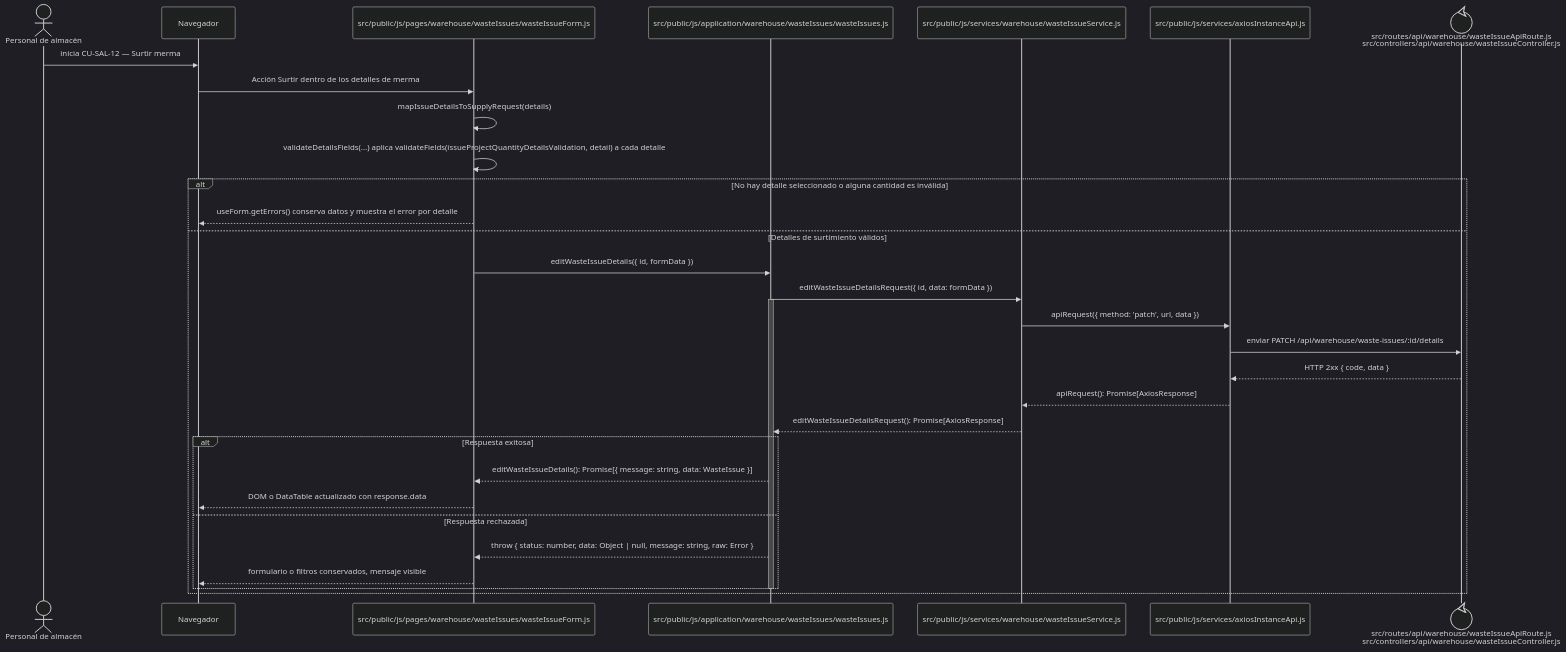
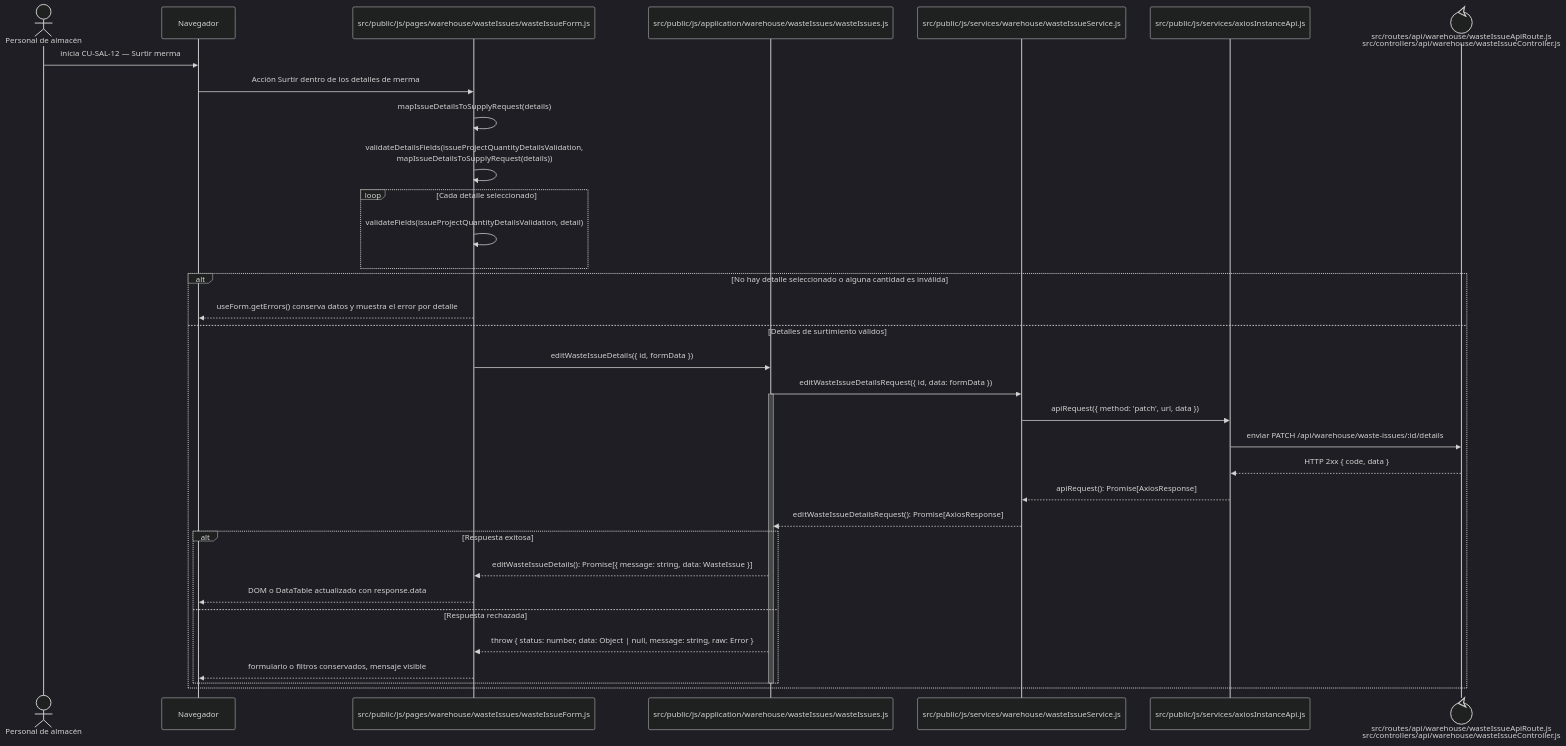
The diagram in docs/architecture/frontend-code-sequences/issues/cu-sal-12.md (gpgsistemas01/nexus), drawn with Mermaid (dark theme) before and after one commit. The commit also changed 8 other files, not shown here.

````diff
--- a/docs/architecture/frontend-code-sequences/issues/cu-sal-12.md
+++ b/docs/architecture/frontend-code-sequences/issues/cu-sal-12.md
@@ -6,35 +6,38 @@
 ```mermaid
 sequenceDiagram
     actor Initiator as Personal de almacén
     participant Browser as Navegador
     participant View as src/public/js/pages/warehouse/wasteIssues/wasteIssueForm.js
     participant Application as src/public/js/application/warehouse/wasteIssues/wasteIssues.js
     participant Request as src/public/js/services/warehouse/wasteIssueService.js
     participant HTTP as src/public/js/services/axiosInstanceApi.js
     participant Transport@{ "type": "control" } as src/routes/api/warehouse/wasteIssueApiRoute.js<br/>src/controllers/api/warehouse/wasteIssueController.js
 
     Initiator->>Browser: inicia CU-SAL-12 — Surtir merma
     Browser->>View: Acción Surtir dentro de los detalles de merma
     View->>View: mapIssueDetailsToSupplyRequest(details)
-    View->>View: validateDetailsFields(...) aplica validateFields(issueProjectQuantityDetailsValidation, detail) a cada detalle
+    View->>View: validateDetailsFields(issueProjectQuantityDetailsValidation,<br/>mapIssueDetailsToSupplyRequest(details))
+    loop Cada detalle seleccionado
+        View->>View: validateFields(issueProjectQuantityDetailsValidation, detail)
+    end
     alt No hay detalle seleccionado o alguna cantidad es inválida
         View-->>Browser: useForm.getErrors() conserva datos y muestra el error por detalle
     else Detalles de surtimiento válidos
         View->>Application: editWasteIssueDetails({ id, formData })
         Application->>Request: editWasteIssueDetailsRequest({ id, data: formData })
         activate Application
         Request->>HTTP: apiRequest({ method: 'patch', url, data })
         HTTP->>Transport: enviar PATCH /api/warehouse/waste-issues/:id/details
         Transport-->>HTTP: HTTP 2xx { code, data }
         HTTP-->>Request: apiRequest(): Promise[AxiosResponse]
         Request-->>Application: editWasteIssueDetailsRequest(): Promise[AxiosResponse]
         alt Respuesta exitosa
             Application-->>View: editWasteIssueDetails(): Promise[{ message: string, data: WasteIssue }]
             View-->>Browser: DOM o DataTable actualizado con response.data
         else Respuesta rechazada
             Application-->>View: throw { status: number, data: Object | null, message: string, raw: Error }
             View-->>Browser: formulario o filtros conservados, mensaje visible
         end
         deactivate Application
     end
 ```
````
